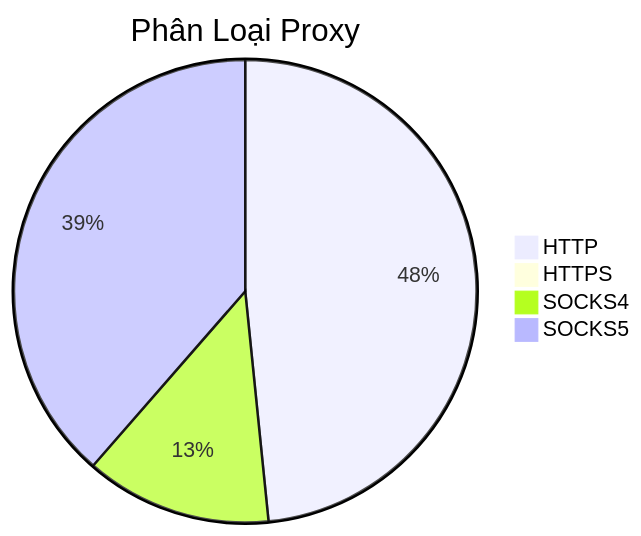
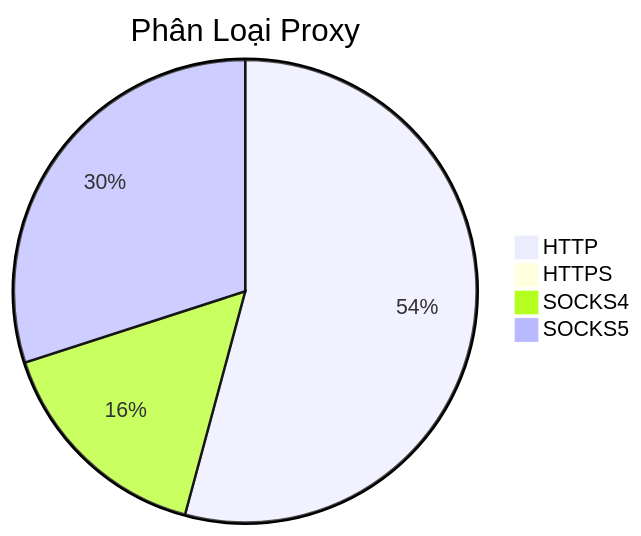
Before and after one commit to Ciara-12/PROXY-free: the diagram in README.md, drawn with Mermaid. The commit also changed other lines of this file and 3 other files, not shown here.

````diff
--- a/README.md
+++ b/README.md
@@ -26,7 +26,7 @@
 ```mermaid
 pie title Phân Loại Proxy
-    "HTTP" : 1564
+    "HTTP" : 1706
     "HTTPS" : 3
-    "SOCKS4" : 421
-    "SOCKS5" : 1247
+    "SOCKS4" : 498
+    "SOCKS5" : 944
 ```
````
